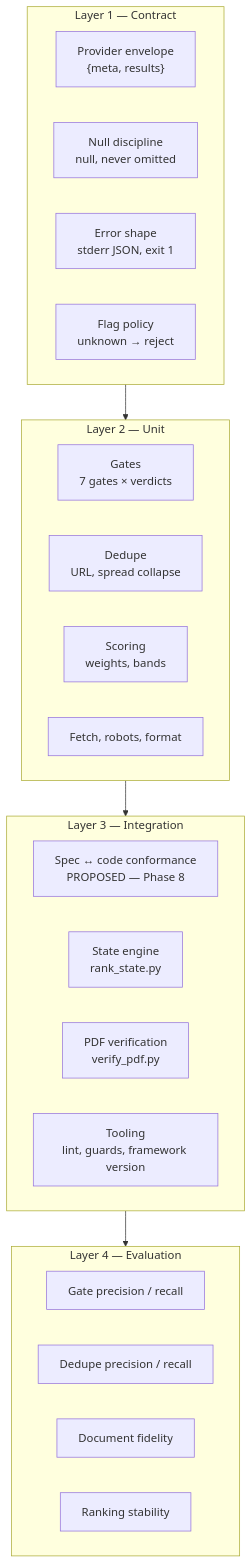
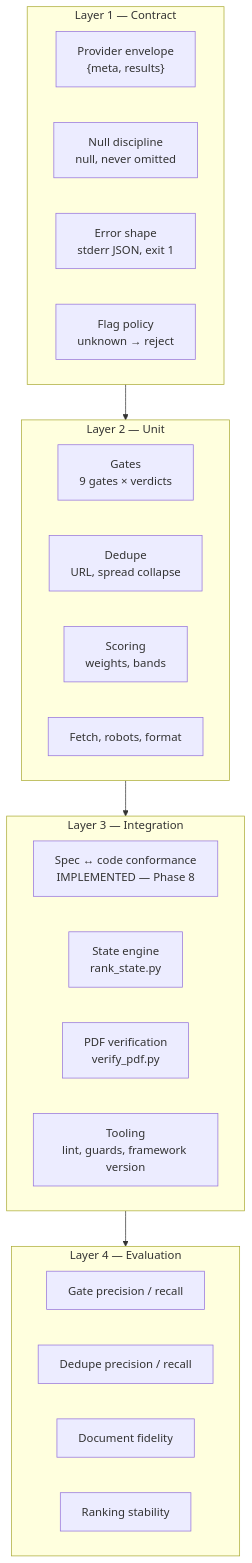
The diagram in docs/engineering/testing.md (MaithreshVaddi-27/ApplyOS), drawn with Mermaid before and after one commit. The commit also changed other lines of this file and 27 other files, not shown here.

````diff
--- a/docs/engineering/testing.md
+++ b/docs/engineering/testing.md
@@ -30,28 +30,28 @@
 ```mermaid
 flowchart TB
   subgraph L1["Layer 1 — Contract"]
     C1["Provider envelope<br/>{meta, results}"]
     C2["Null discipline<br/>null, never omitted"]
     C3["Error shape<br/>stderr JSON, exit 1"]
     C4["Flag policy<br/>unknown → reject"]
   end
   subgraph L2["Layer 2 — Unit"]
-    U1["Gates<br/>7 gates × verdicts"]
+    U1["Gates<br/>9 gates × verdicts"]
     U2["Dedupe<br/>URL, spread collapse"]
     U3["Scoring<br/>weights, bands"]
     U4["Fetch, robots, format"]
   end
   subgraph L3["Layer 3 — Integration"]
-    I1["Spec ↔ code conformance<br/>PROPOSED — Phase 8"]
+    I1["Spec ↔ code conformance<br/>IMPLEMENTED — Phase 8"]
     I2["State engine<br/>rank_state.py"]
     I3["PDF verification<br/>verify_pdf.py"]
     I4["Tooling<br/>lint, guards, framework version"]
   end
   subgraph L4["Layer 4 — Evaluation"]
     E1["Gate precision / recall"]
     E2["Dedupe precision / recall"]
     E3["Document fidelity"]
     E4["Ranking stability"]
   end
   L1 --> L2 --> L3 --> L4
 ```
````
